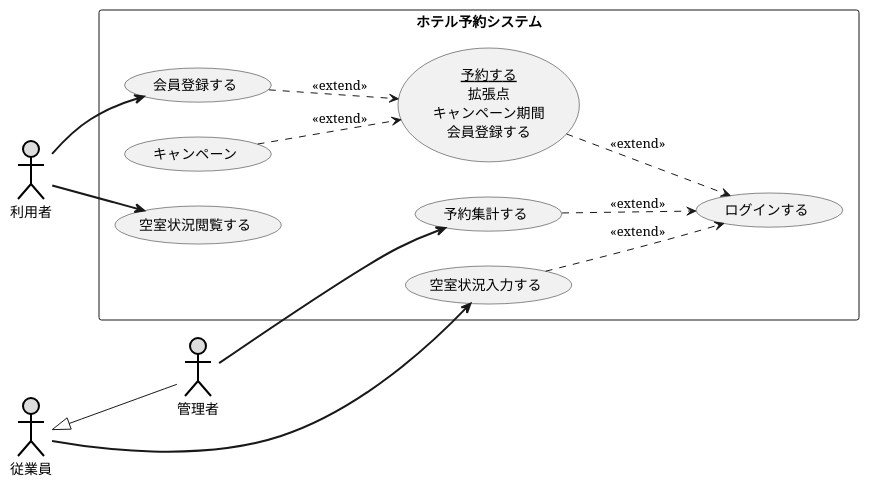
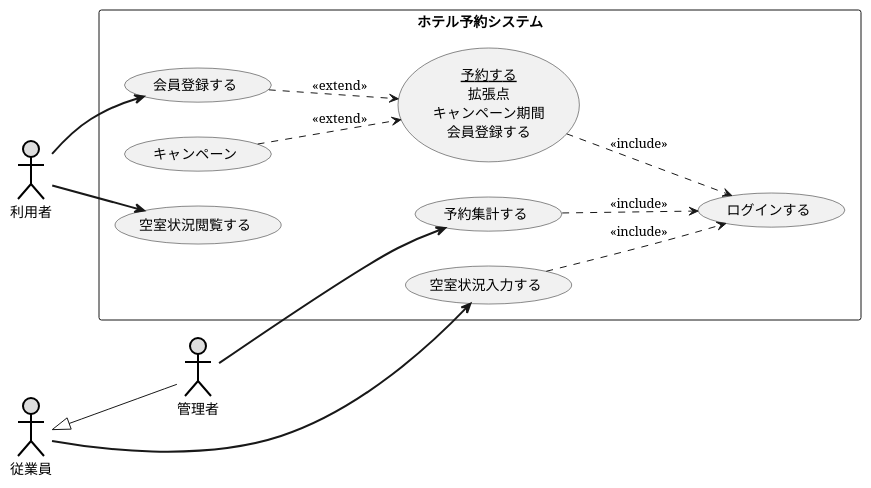
Before and after one commit to nakamachiJP/uml-introduction: the diagram in 演習2-8_UC_ホテル予約システム.pu, drawn with PlantUML.

Commit message:
演習2-8修正2

```diff
--- a/演習2-8_UC_ホテル予約システム.pu
+++ b/演習2-8_UC_ホテル予約システム.pu
@@ -1,25 +1,25 @@
 @startuml ユースケース図
 left to right direction
 actor 利用者 as user #DDDDDD;line:black;line.bold;
 actor 従業員 as user2 #DDDDDD;line:black;line.bold;
 actor 管理者 as user3 #DDDDDD;line:black;line.bold;
 rectangle ホテル予約システム {
 usecase 会員登録する
 usecase キャンペーン
 usecase 空室状況閲覧する
 usecase ログインする
 usecase (<u>予約する</u>\n拡張点\nキャンペーン期間\n会員登録する) as input
 usecase 予約集計する
 usecase 空室状況入力する
 user-[bold]->(会員登録する)
 user-[bold]->(空室状況閲覧する)
 user2-[bold]->(空室状況入力する)
 user3-[bold]->(予約集計する)
 }
 (キャンペーン) ..> input : <<extend>>
 (会員登録する) ..> input : <<extend>>
-input ..> ログインする : <<extend>>
-予約集計する ..> ログインする : <<extend>>
-空室状況入力する ..> ログインする : <<extend>>
+input ..> ログインする : <<include>>
+予約集計する ..> ログインする : <<include>>
+空室状況入力する ..> ログインする : <<include>>
 user2 <|-- user3
 @enduml
```
